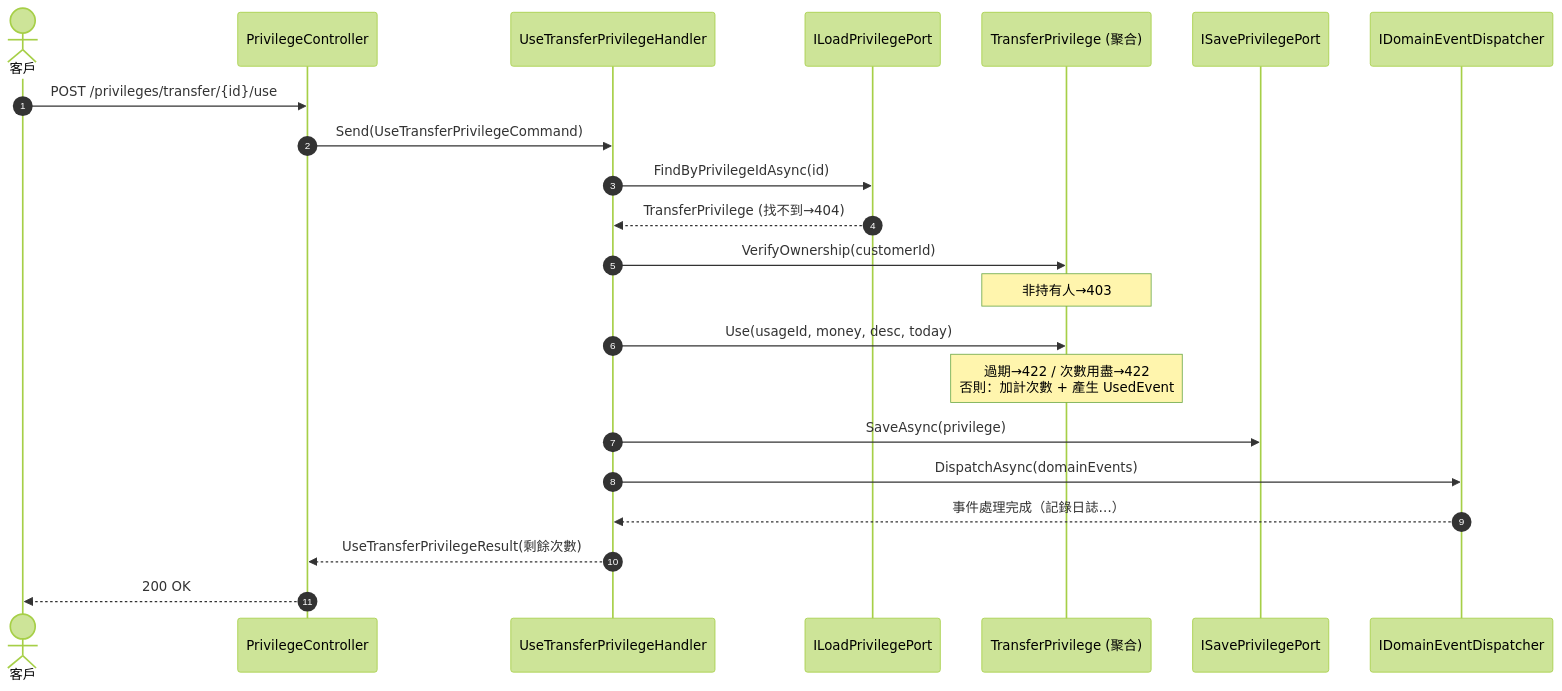
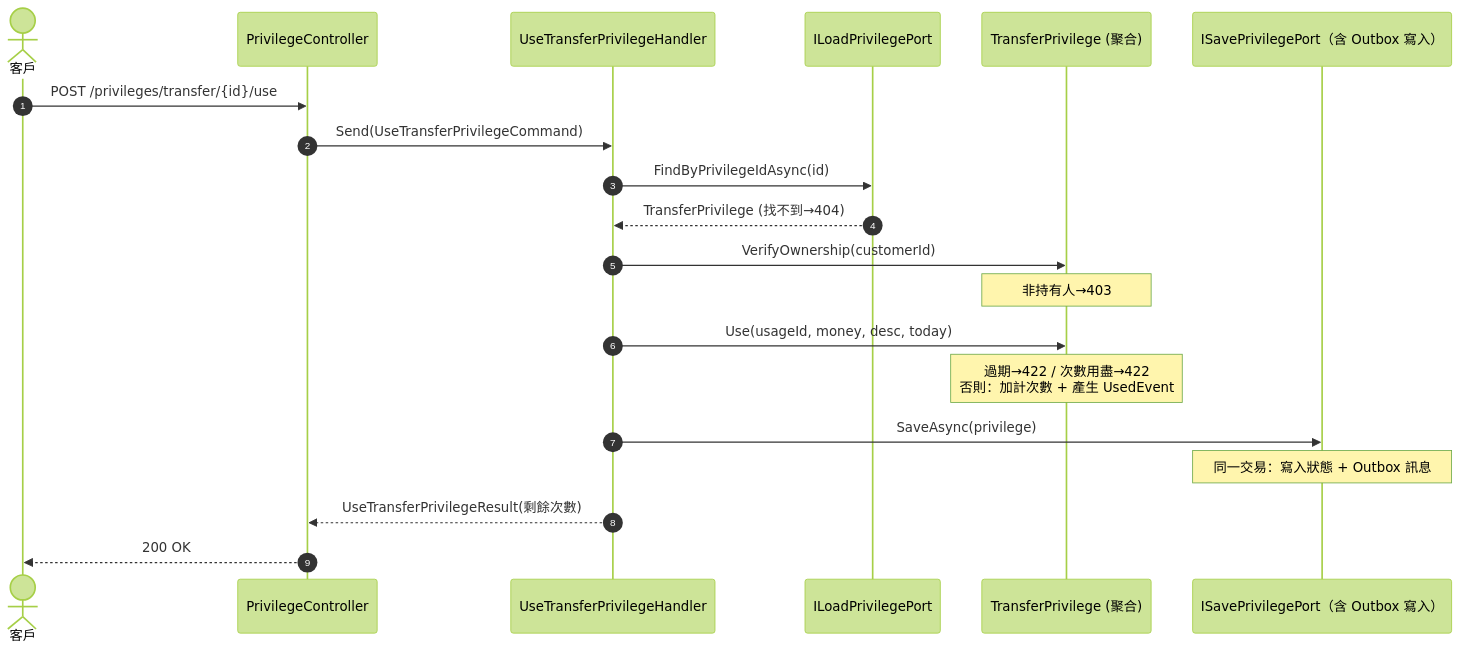
One commit to ChunPingWang/dotnetcore-ddd-hexagonal-cqrs-tutorial changed the fifth of 6 diagrams in README.md. Above: the diagram before and after it, drawn with Mermaid (forest theme). The commit also changed other lines of this file and 14 other files, not shown here.

````diff
--- a/README.md
+++ b/README.md
@@ -441,25 +443,23 @@
 ```mermaid
 sequenceDiagram
     autonumber
     actor C as 客戶
     participant Ctrl as PrivilegeController
     participant H as UseTransferPrivilegeHandler
     participant LP as ILoadPrivilegePort
     participant Agg as TransferPrivilege (聚合)
-    participant SP as ISavePrivilegePort
-    participant D as IDomainEventDispatcher
+    participant SP as ISavePrivilegePort（含 Outbox 寫入）
 
     C->>Ctrl: POST /privileges/transfer/{id}/use
     Ctrl->>H: Send(UseTransferPrivilegeCommand)
     H->>LP: FindByPrivilegeIdAsync(id)
     LP-->>H: TransferPrivilege (找不到→404)
     H->>Agg: VerifyOwnership(customerId)
     Note over Agg: 非持有人→403
     H->>Agg: Use(usageId, money, desc, today)
     Note over Agg: 過期→422 / 次數用盡→422<br/>否則：加計次數 + 產生 UsedEvent
     H->>SP: SaveAsync(privilege)
-    H->>D: DispatchAsync(domainEvents)
-    D-->>H: 事件處理完成（記錄日誌…）
+    Note over SP: 同一交易：寫入狀態 + Outbox 訊息
     H-->>Ctrl: UseTransferPrivilegeResult(剩餘次數)
     Ctrl-->>C: 200 OK
 ```
````
